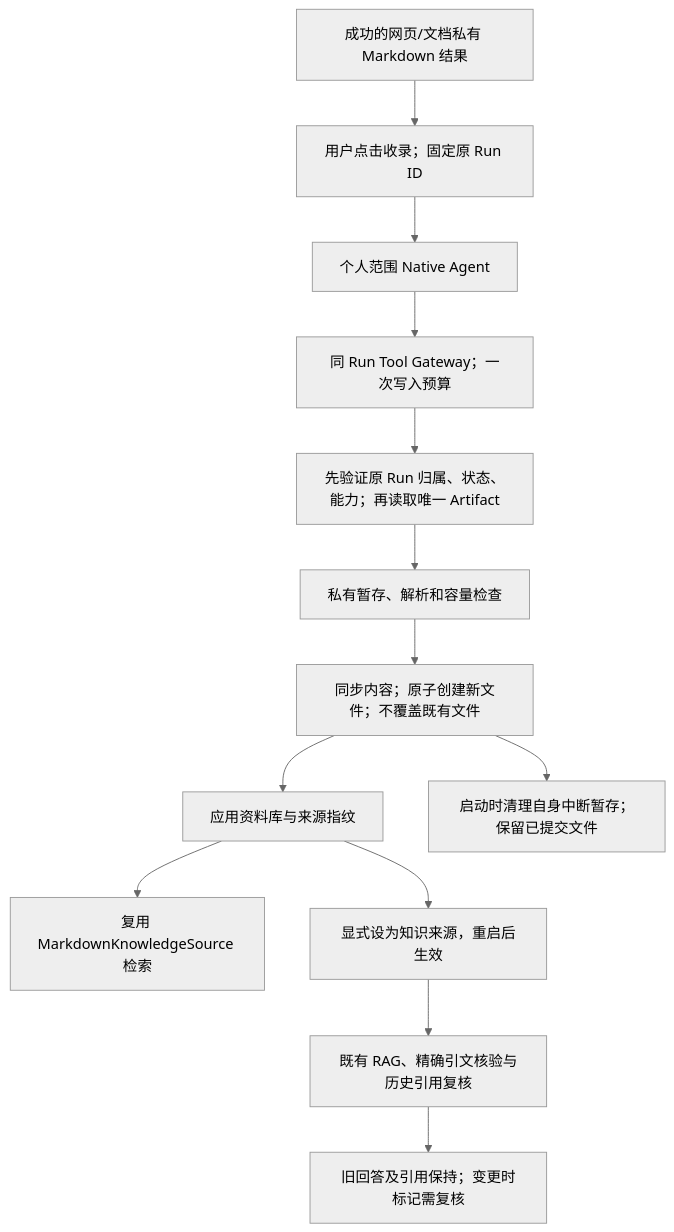
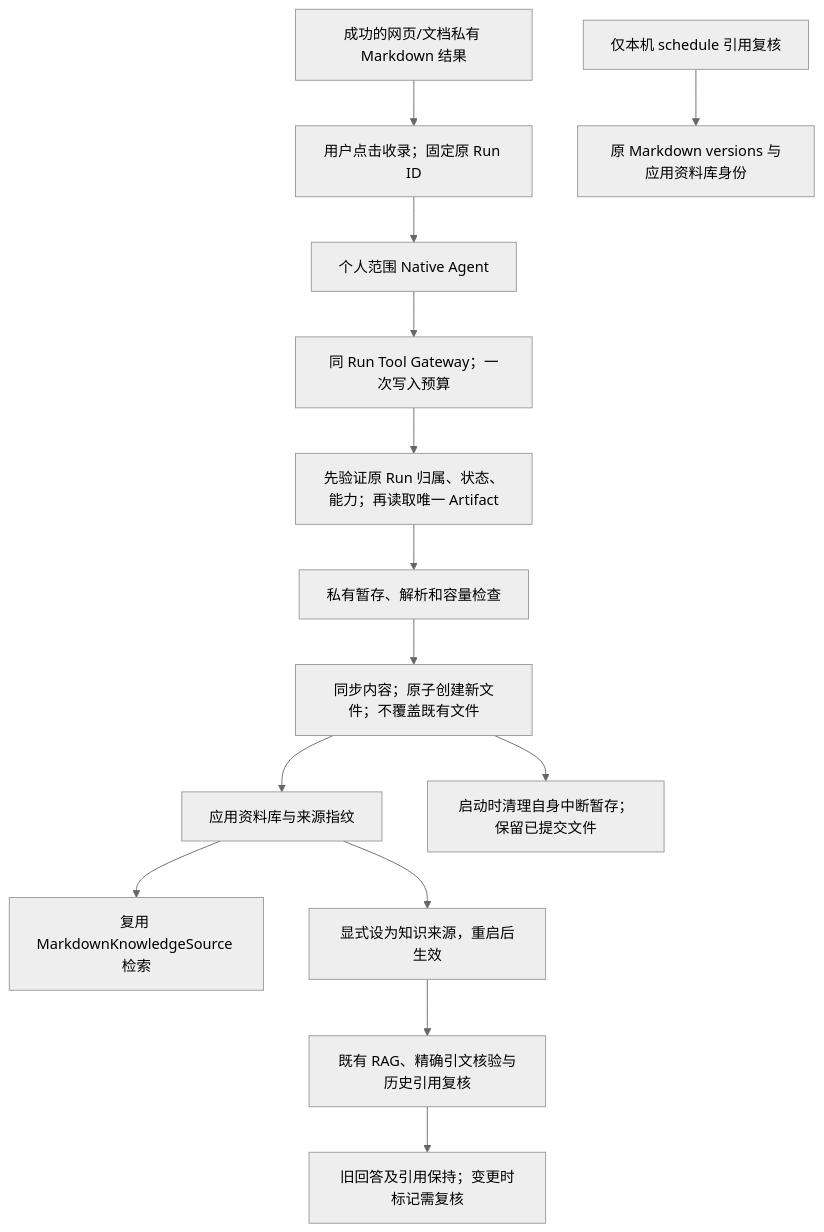
One commit to KlayPeter/AI-Delivery-Ops-Agent changed the diagram in backend/src/knowledge/library/FEATURE.md. Above: the diagram before and after it, drawn with Mermaid (neutral theme). The commit also changed other lines of this file and 33 other files, not shown here.

````diff
--- a/backend/src/knowledge/library/FEATURE.md
+++ b/backend/src/knowledge/library/FEATURE.md
@@ -20,15 +20,16 @@
 ```mermaid
 flowchart TD
     O[成功的网页/文档私有 Markdown 结果] --> C[用户点击收录；固定原 Run ID]
     C --> A[个人范围 Native Agent]
     A --> T[同 Run Tool Gateway；一次写入预算]
     T --> V[先验证原 Run 归属、状态、能力；再读取唯一 Artifact]
     V --> F[私有暂存、解析和容量检查]
     F --> W[同步内容；原子创建新文件；不覆盖既有文件]
     W --> L[应用资料库与来源指纹]
     L --> S[复用 MarkdownKnowledgeSource 检索]
     L --> CFG[显式设为知识来源，重启后生效]
     CFG --> R[既有 RAG、精确引文核验与历史引用复核]
     R --> E[旧回答及引用保持；变更时标记需复核]
     W --> REC[启动时清理自身中断暂存；保留已提交文件]
+    LIB_VERSION_SCOPE[仅本机 schedule 引用复核] --> LIB_VERSION_READ[原 Markdown versions 与应用资料库身份]
 ```
````
